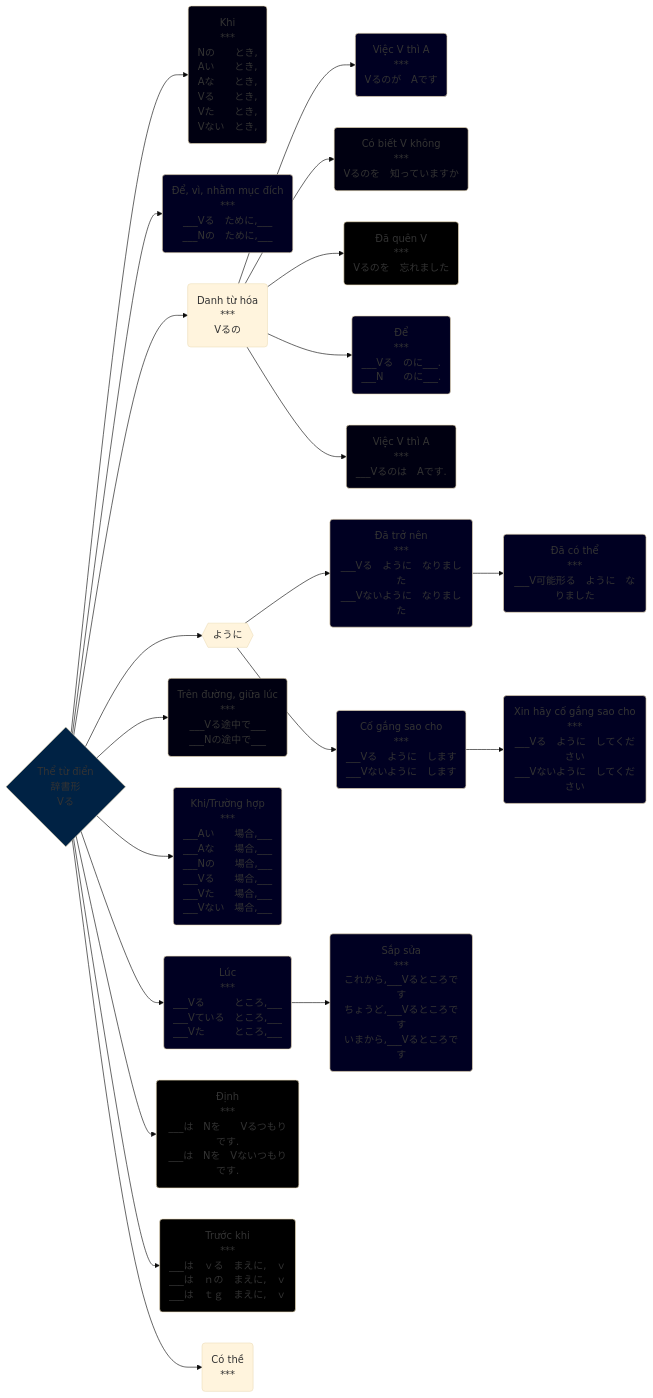
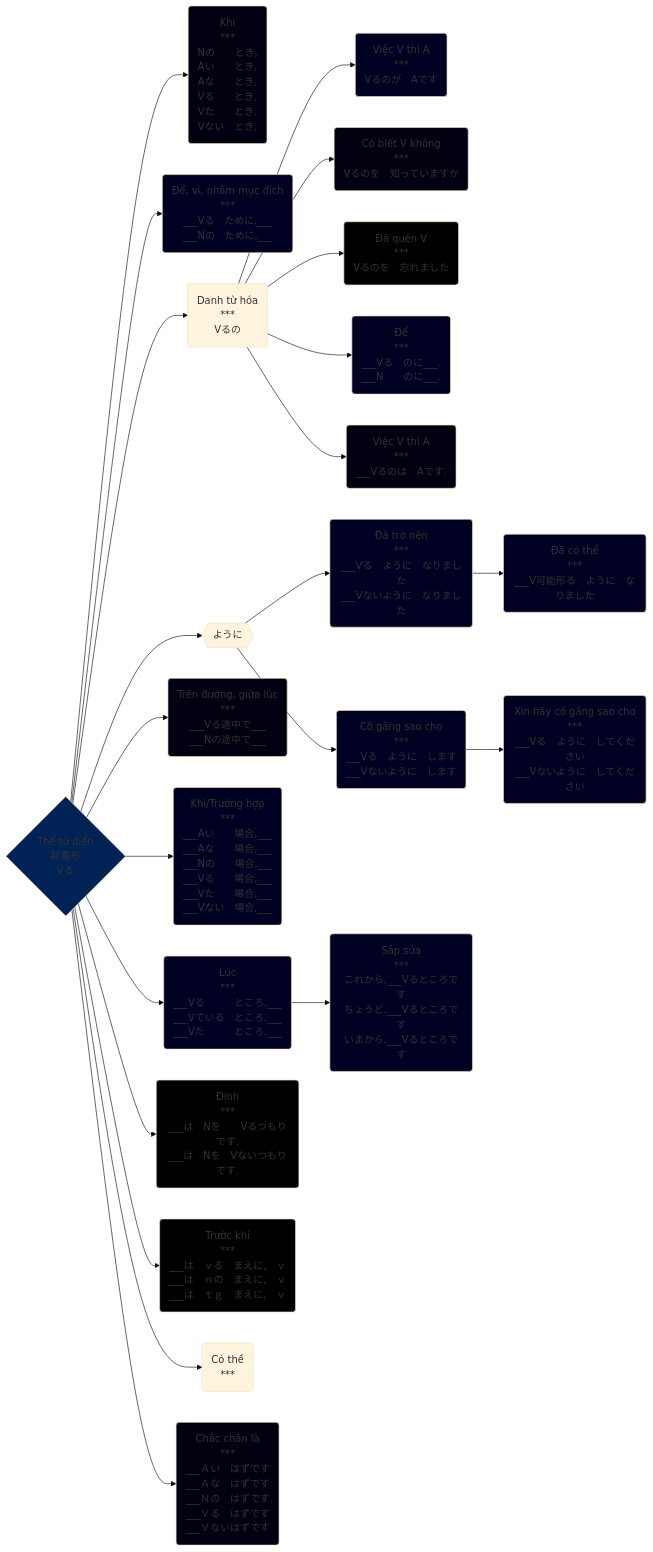
One commit to tea1504/learn changed the diagram in The/辞書形.md. Above: the diagram before and after it, drawn with Mermaid (base theme). The commit also changed 9 other files, not shown here.

````diff
--- a/The/辞書形.md
+++ b/The/辞書形.md
@@ -2,44 +2,46 @@
 ```mermaid
 graph LR;
     V{Thể từ điển\n辞書形\nVる}
 
     V-->khi(Khi\n***\nNの　　とき,\nAい　　とき,\nAな　　とき,\nVる　　とき,\nVた　　とき,\nVない　とき,)
     V-->nhamMucDich(Để, vì, nhằm mục đích\n***\n___Vる　ために,___\n___Nの　ために,___)
     V-->danhTuHoa(Danh từ hóa\n***\nVるの)
     danhTuHoa-->viecVthiAGa(Việc V thì A\n***\nVるのが　Aです)
     danhTuHoa-->coBietVKhong(Có biết V không\n***\nVるのを　知っていますか)
     danhTuHoa-->daQuenV(Đã quên V\n***\nVるのを　忘れました)
     danhTuHoa-->de(Để\n***\n___Vる　のに___.\n___N　　のに___.)
     danhTuHoa-->viecVThiAHa(Việc V thì A\n***\n___Vるのは　Aです.)
     V-->youni{{ように}}
     youni-->daTroNen(Đã trở nên\n***\n___Vる　ように　なりました\n___Vないように　なりました)
     daTroNen-->daCoThe(Đã có thể\n***\n___V可能形る　ように　なりました)
     V-->trenDuongGiuaLuc(Trên đường, giữa lúc\n***\n___Vる途中で___\n___Nの途中で___)
     youni-->coGangSaoCho(Cố gắng sao cho\n***\n___Vる　ように　します\n___Vないように　します)
     coGangSaoCho-->xinHayCoGangSaoCho(Xin hãy cố gắng sao cho\n***\n___Vる　ように　してください\n___Vないように　してください)
     V-->truongHop(Khi/Trường hợp\n***\n___Aい　　場合,___\n___Aな　　場合,___\n___Nの　　場合,___\n___Vる　　場合,___\n___Vた　　場合,___\n___Vない　場合,___)
     V-->luc(Lúc\n***\n___Vる　　　ところ,___\n___Vている　ところ,___\n___Vた　　　ところ,___)
     luc-->sapSua(Sắp sửa\n***\nこれから,___Vるところです\nちょうど,___Vるところです\nいまから,___Vるところです)
     V-->dinh(Định\n***\n___は　Nを　　Vるつもりです.\n___は　Nを　Vないつもりです.)
     V-->truocKhi(Trước khi\n***\n___は　ｖる　まえに,　ｖ\n___は　ｎの　まえに,　ｖ\n___は　ｔｇ　まえに,　ｖ)
     V-->coThe(Có thề\n***\n)
+    V-->chacChanLa(Chắc chắn là\n***\n___Ａい　はずです\n___Ａな　はずです\n___Ｎの　はずです\n___Ｖる　はずです\n___Ｖないはずです)
 
-    style V fill:#024
+    style V fill:#025
+    style chacChanLa fill:#001
     style coBietVKhong fill:#001
     style coGangSaoCho fill:#002
     style daCoThe fill:#002
     style daQuenV fill:#000
     style daTroNen fill:#002
     style de fill:#002
     style dinh fill:#000
     style khi fill:#001
     style luc fill:#002
     style nhamMucDich fill:#002
     style sapSua fill:#002
     style trenDuongGiuaLuc fill:#001
     style truocKhi fill:#000
     style truongHop fill:#002
     style viecVthiAGa fill:#002
     style viecVThiAHa fill:#001
     style xinHayCoGangSaoCho fill:#002
 ```
````
